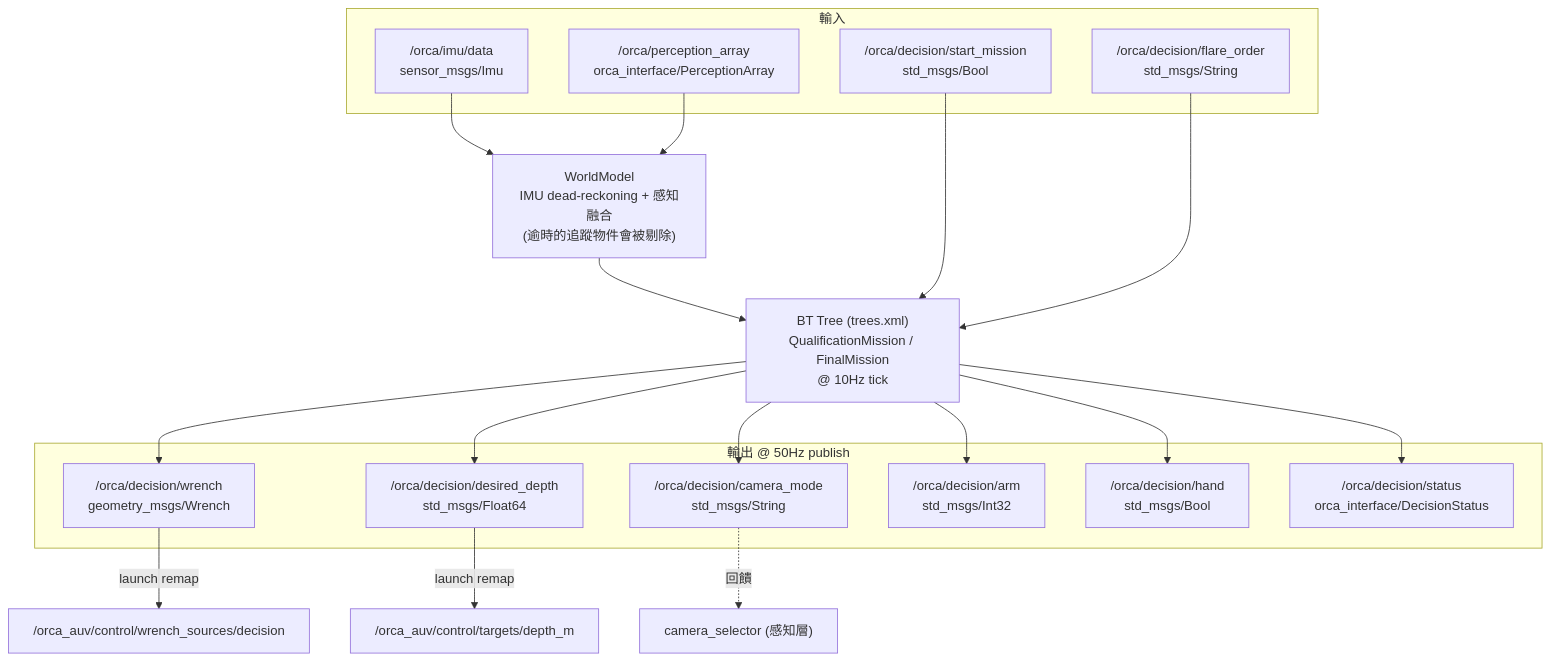
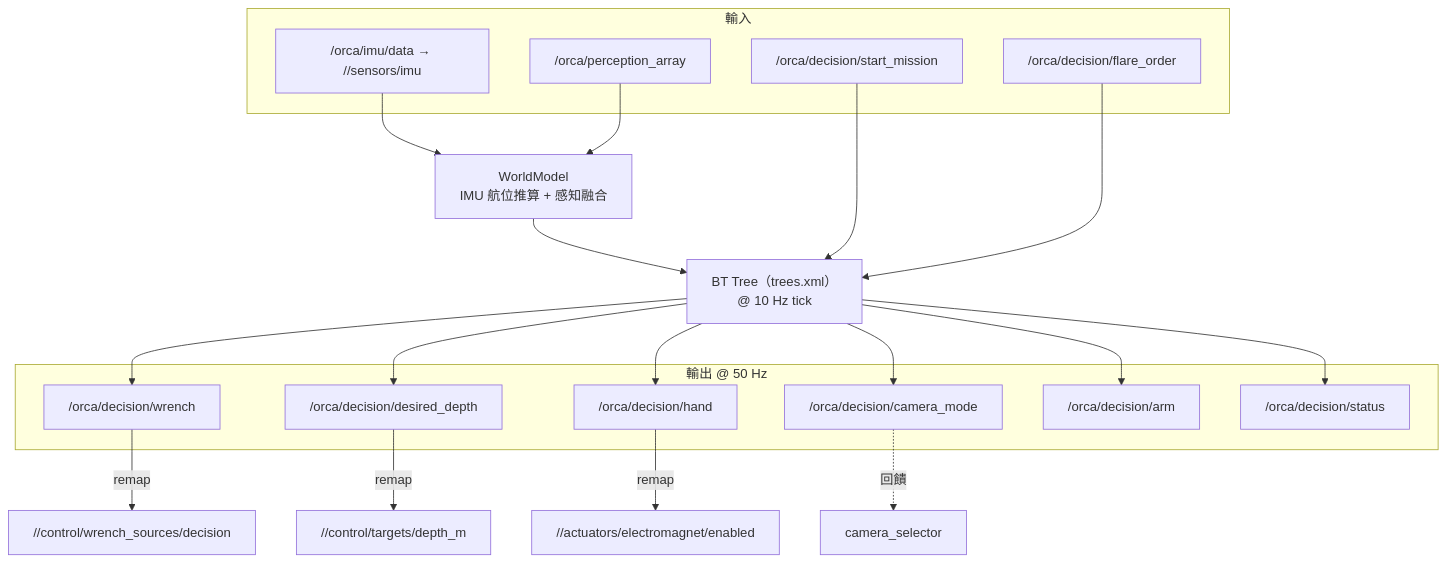
Before and after one commit to NCTU-AUV/SAUVC-JETSON: the second of 2 diagrams in ARCHITECTURE.md, drawn with Mermaid. The commit also changed other lines of this file, not shown here.

````diff
--- a/ARCHITECTURE.md
+++ b/ARCHITECTURE.md
@@ -180,37 +132,33 @@
 ```mermaid
 flowchart TB
     subgraph IN["輸入"]
-        IMU["/orca/imu/data\nsensor_msgs/Imu"]
-        PA["/orca/perception_array\norca_interface/PerceptionArray"]
-        SM["/orca/decision/start_mission\nstd_msgs/Bool"]
-        FO["/orca/decision/flare_order\nstd_msgs/String"]
+        IMU["/orca/imu/data → /<ns>/sensors/imu"]
+        PA["/orca/perception_array"]
+        SM["/orca/decision/start_mission"]
+        FO["/orca/decision/flare_order"]
     end
 
-    WM["WorldModel\nIMU dead-reckoning + 感知融合\n(逾時的追蹤物件會被剔除)"]
-    BT["BT Tree (trees.xml)\nQualificationMission / FinalMission\n@ 10Hz tick"]
+    WM["WorldModel\nIMU 航位推算 + 感知融合"]
+    BT["BT Tree（trees.xml）\n@ 10 Hz tick"]
 
-    subgraph OUT["輸出 @ 50Hz publish"]
-        WR["/orca/decision/wrench\ngeometry_msgs/Wrench"]
-        DEP["/orca/decision/desired_depth\nstd_msgs/Float64"]
-        CAM["/orca/decision/camera_mode\nstd_msgs/String"]
-        ARM["/orca/decision/arm\nstd_msgs/Int32"]
-        HAND["/orca/decision/hand\nstd_msgs/Bool"]
-        ST["/orca/decision/status\norca_interface/DecisionStatus"]
+    subgraph OUT["輸出 @ 50 Hz"]
+        WR["/orca/decision/wrench"]
+        DEP["/orca/decision/desired_depth"]
+        HAND["/orca/decision/hand"]
+        CAM["/orca/decision/camera_mode"]
+        ARM["/orca/decision/arm"]
+        ST["/orca/decision/status"]
     end
 
     IMU --> WM
     PA --> WM
     WM --> BT
     SM --> BT
     FO --> BT
-    BT --> WR
-    BT --> DEP
-    BT --> CAM
-    BT --> ARM
-    BT --> HAND
-    BT --> ST
+    BT --> WR & DEP & HAND & CAM & ARM & ST
 
-    WR -->|launch remap| WR2["/orca_auv/control/wrench_sources/decision"]
-    DEP -->|launch remap| DEP2["/orca_auv/control/targets/depth_m"]
-    CAM -.回饋.-> CS2["camera_selector (感知層)"]
+    WR -->|remap| WR2["/<ns>/control/wrench_sources/decision"]
+    DEP -->|remap| DEP2["/<ns>/control/targets/depth_m"]
+    HAND -->|remap| HAND2["/<ns>/actuators/electromagnet/enabled"]
+    CAM -.回饋.-> CS2["camera_selector"]
 ```
````
